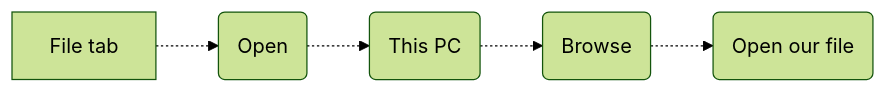
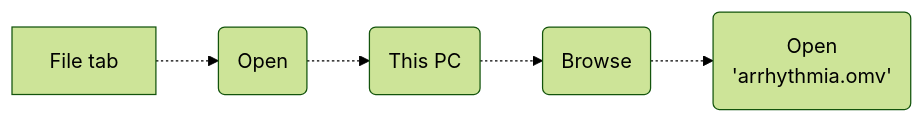
One commit to bougioukas/MedStatsJamovi changed the diagram in lab1.qmd. Above: the diagram before and after it, drawn with Mermaid (forest theme). The commit also changed other lines of this file and 23 other files, not shown here.

````diff
--- a/lab1.qmd
+++ b/lab1.qmd
@@ -231,4 +236,4 @@
 ```{mermaid}
 flowchart LR
-  A[File tab ] -.-> B(Open) -.-> C(This PC) -.-> D(Browse) -.-> E(Open our file)
+  A[File tab ] -.-> B(Open) -.-> C(This PC) -.-> D(Browse) -.-> E(Open \n 'arrhythmia.omv')
 ```
````
